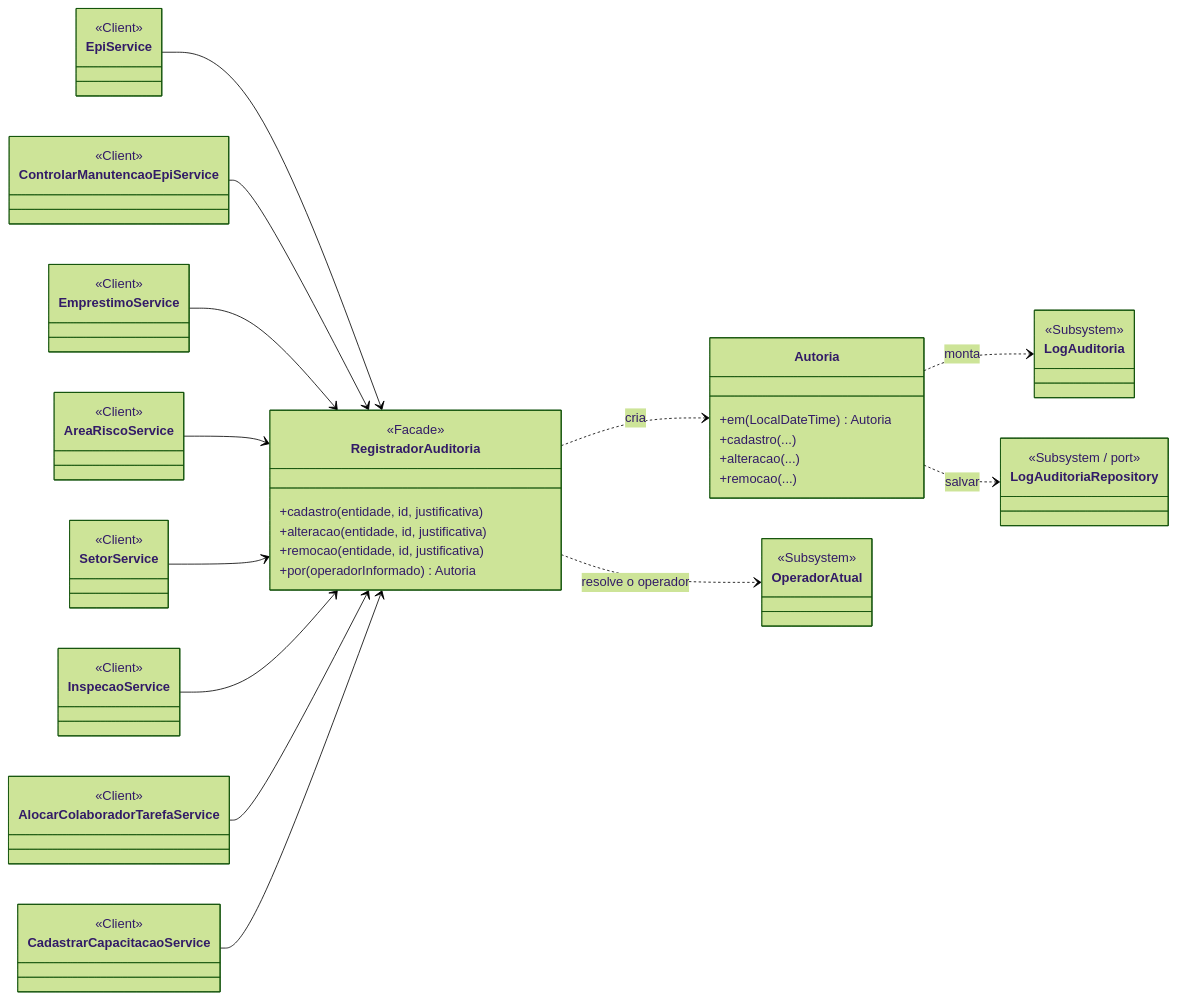
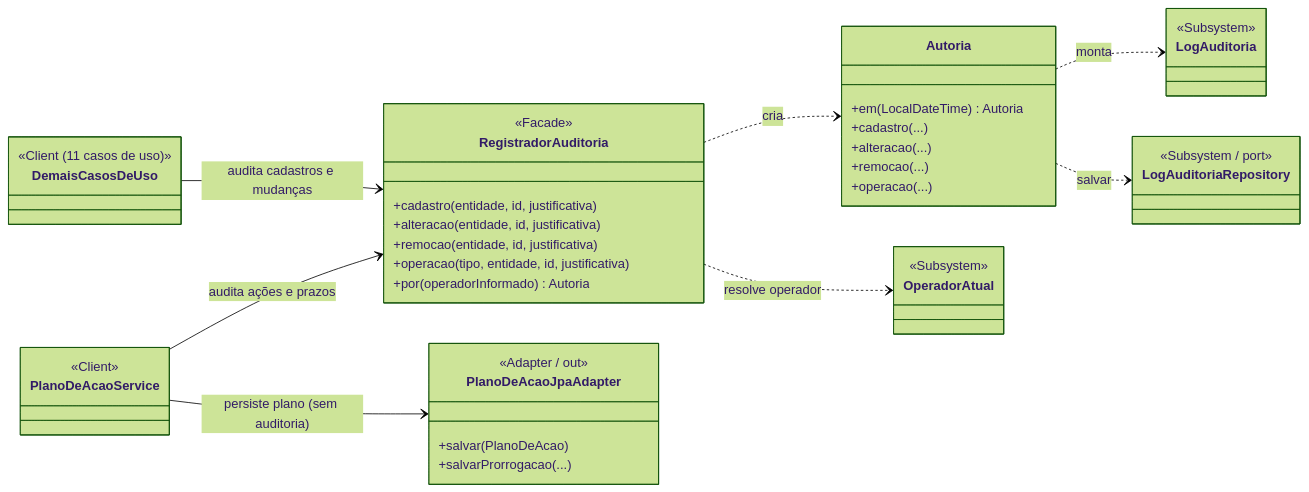
Before and after one commit to yIuriy/rp-iv-grupo03-safeplace: the tenth of 38 diagrams in docs/arquitetura/padroes-de-projeto.md, drawn with Mermaid (forest theme). The commit also changed other lines of this file, not shown here.

Commit message:
docs(arquitetura): documentar migracao da auditoria de PlanoDeAcao para Facade (#238)

````diff
--- a/docs/arquitetura/padroes-de-projeto.md
+++ b/docs/arquitetura/padroes-de-projeto.md
@@ -925,62 +915,46 @@
 ```mermaid
 classDiagram
   direction LR
   class RegistradorAuditoria {
     <<Facade>>
     +cadastro(entidade, id, justificativa)
     +alteracao(entidade, id, justificativa)
     +remocao(entidade, id, justificativa)
+    +operacao(tipo, entidade, id, justificativa)
     +por(operadorInformado) Autoria
   }
   class Autoria {
     +em(LocalDateTime) Autoria
     +cadastro(...)
     +alteracao(...)
     +remocao(...)
+    +operacao(...)
   }
   class LogAuditoria {
     <<Subsystem>>
   }
   class LogAuditoriaRepository {
     <<Subsystem / port>>
   }
   class OperadorAtual {
     <<Subsystem>>
   }
-  class EpiService {
+  class PlanoDeAcaoService {
     <<Client>>
   }
-  class ControlarManutencaoEpiService {
-    <<Client>>
+  class DemaisCasosDeUso {
+    <<Client (11 casos de uso)>>
   }
-  class EmprestimoService {
-    <<Client>>
-  }
-  class AreaRiscoService {
-    <<Client>>
-  }
-  class SetorService {
-    <<Client>>
-  }
-  class InspecaoService {
-    <<Client>>
-  }
-  class AlocarColaboradorTarefaService {
-    <<Client>>
-  }
-  class CadastrarCapacitacaoService {
-    <<Client>>
+  class PlanoDeAcaoJpaAdapter {
+    <<Adapter / out>>
+    +salvar(PlanoDeAcao)
+    +salvarProrrogacao(...)
   }
   RegistradorAuditoria ..> Autoria : cria
   Autoria ..> LogAuditoria : monta
   Autoria ..> LogAuditoriaRepository : salvar
-  RegistradorAuditoria ..> OperadorAtual : resolve o operador
-  EpiService --> RegistradorAuditoria
-  ControlarManutencaoEpiService --> RegistradorAuditoria
-  EmprestimoService --> RegistradorAuditoria
-  AreaRiscoService --> RegistradorAuditoria
-  SetorService --> RegistradorAuditoria
-  InspecaoService --> RegistradorAuditoria
-  AlocarColaboradorTarefaService --> RegistradorAuditoria
-  CadastrarCapacitacaoService --> RegistradorAuditoria
+  RegistradorAuditoria ..> OperadorAtual : resolve operador
+  PlanoDeAcaoService --> RegistradorAuditoria : audita ações e prazos
+  DemaisCasosDeUso --> RegistradorAuditoria : audita cadastros e mudanças
+  PlanoDeAcaoService --> PlanoDeAcaoJpaAdapter : persiste plano (sem auditoria)
 ```
````
